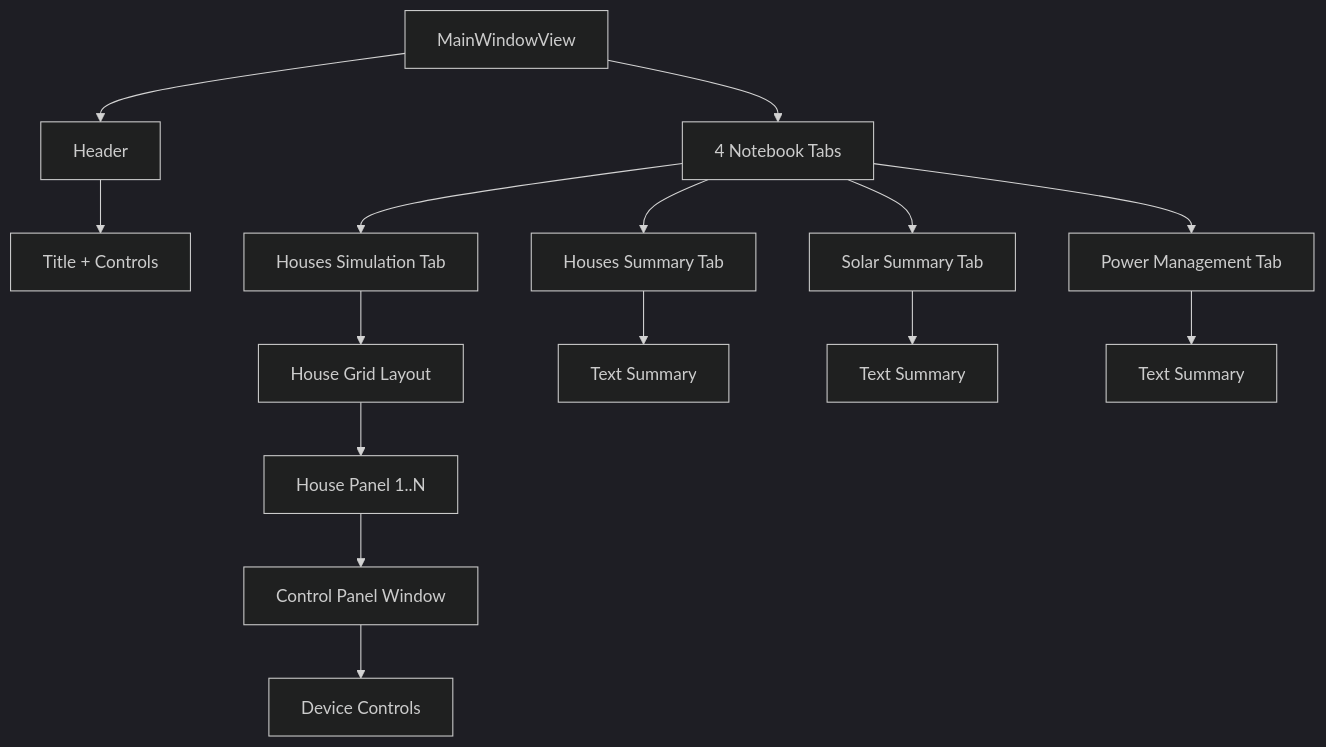
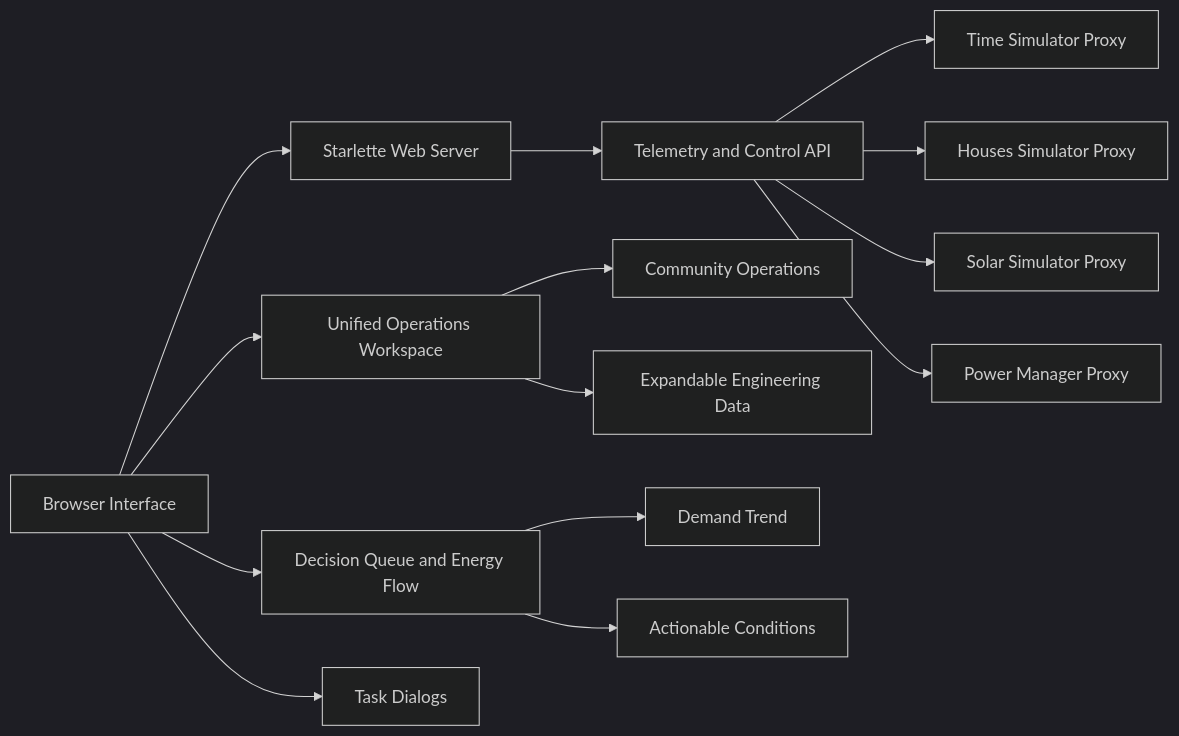
Before and after one commit to ezAldinWaez/residential-smart-grid-prototype: the diagram in docs/_static/diagrams/C6_component_layout.mmd, drawn with Mermaid (dark theme). The commit also changed 20 other files, not shown here.

Commit message:
feat: rebuild dashboard as Arabic web interface

```diff
--- a/docs/_static/diagrams/C6_component_layout.mmd
+++ b/docs/_static/diagrams/C6_component_layout.mmd
@@ -1,15 +1,14 @@
-graph TD
-   A[MainWindowView] --> B[Header]
-   A --> C[4 Notebook Tabs]
-   B --> D[Title + Controls]
-   C --> E[Houses Simulation Tab]
-   C --> F[Houses Summary Tab]
-   C --> G[Solar Summary Tab]
-   C --> H[Power Management Tab]
-   E --> I[House Grid Layout]
-   I --> J[House Panel 1..N]
-   J --> K[Control Panel Window]
-   K --> L[Device Controls]
-   F --> M[Text Summary]
-   G --> N[Text Summary]
-   H --> O[Text Summary]
+graph LR
+   A[Browser Interface] --> B[Starlette Web Server]
+   A --> C[Unified Operations Workspace]
+   A --> D[Decision Queue and Energy Flow]
+   A --> E[Task Dialogs]
+   B --> F[Telemetry and Control API]
+   F --> G[Time Simulator Proxy]
+   F --> H[Houses Simulator Proxy]
+   F --> I[Solar Simulator Proxy]
+   F --> J[Power Manager Proxy]
+   C --> K[Community Operations]
+   C --> L[Expandable Engineering Data]
+   D --> M[Demand Trend]
+   D --> N[Actionable Conditions]
```
